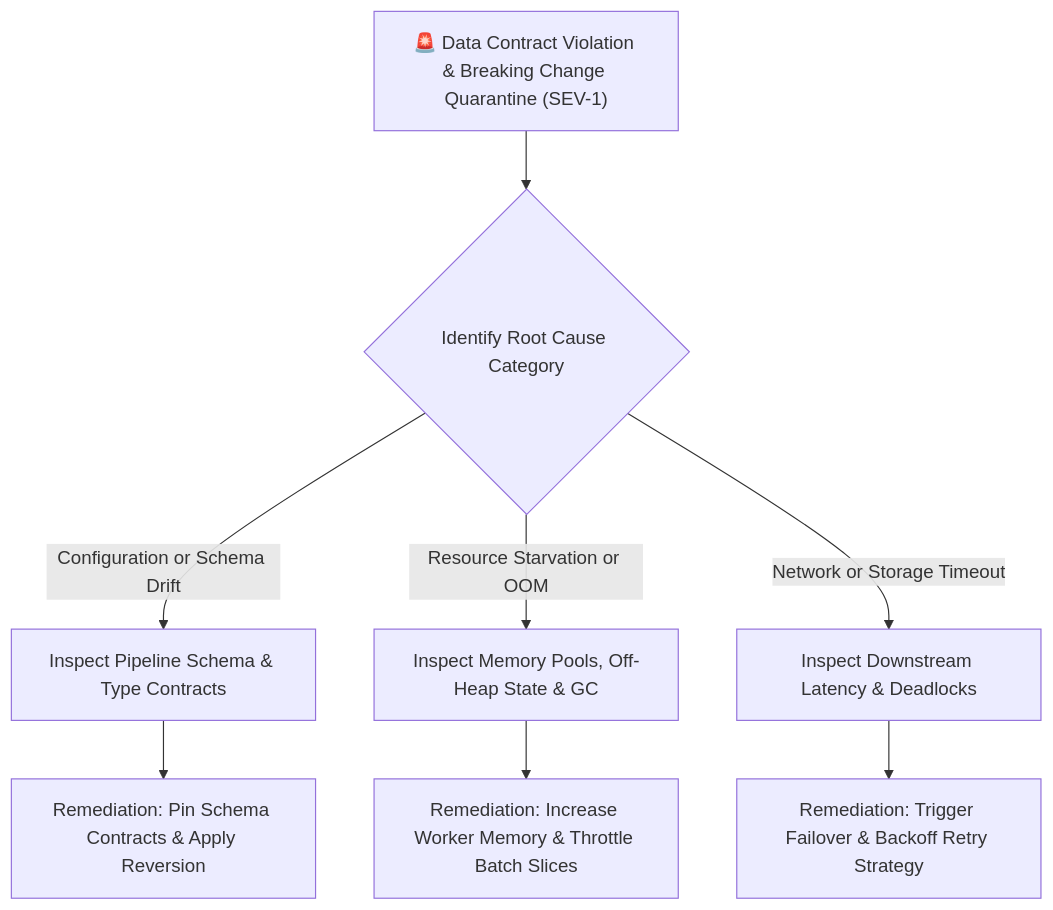
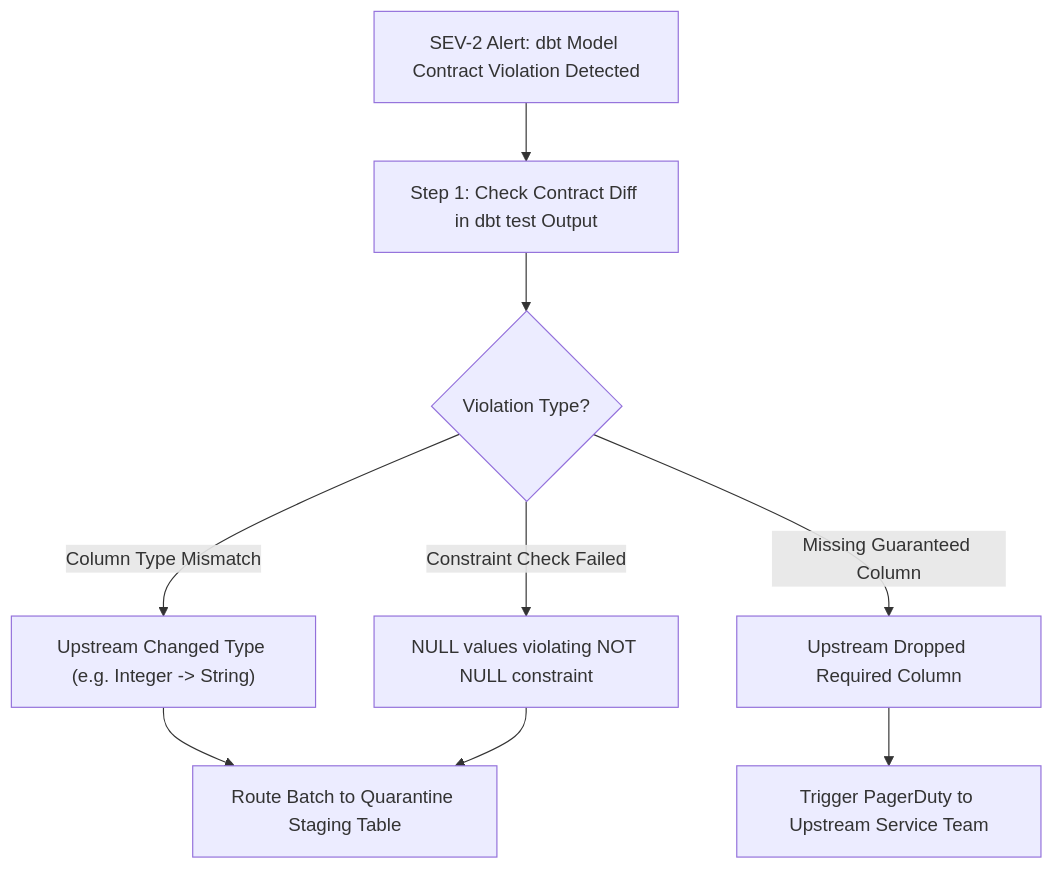
Before and after one commit to santoshjammi29/dbt-handbook: the diagram in runbooks/05_data_contract_breaking_change_quarantine.md, drawn with Mermaid. The commit also changed other lines of this file and 12 other files, not shown here.

````diff
--- a/runbooks/05_data_contract_breaking_change_quarantine.md
+++ b/runbooks/05_data_contract_breaking_change_quarantine.md
@@ -11,12 +12,13 @@
 ```mermaid
 flowchart TD
-    Alert["🚨 Data Contract Violation & Breaking Change Quarantine (SEV-1)"] --> TriageCategory{"Identify Root Cause Category"}
+    Alert["SEV-2 Alert: dbt Model Contract Violation Detected"] --> CheckContract["Step 1: Check Contract Diff in dbt test Output"]
+    CheckContract --> ViolationType{"Violation Type?"}
     
-    TriageCategory -->|"Configuration or Schema Drift"| ConfigTriage["Inspect Pipeline Schema & Type Contracts"]
-    TriageCategory -->|"Resource Starvation or OOM"| ResourceTriage["Inspect Memory Pools, Off-Heap State & GC"]
-    TriageCategory -->|"Network or Storage Timeout"| NetworkTriage["Inspect Downstream Latency & Deadlocks"]
-
-    ConfigTriage --> FixConfig["Remediation: Pin Schema Contracts & Apply Reversion"]
-    ResourceTriage --> FixResource["Remediation: Increase Worker Memory & Throttle Batch Slices"]
-    NetworkTriage --> FixNetwork["Remediation: Trigger Failover & Backoff Retry Strategy"]
+    ViolationType -->|"Column Type Mismatch"| CastError["Upstream Changed Type (e.g. Integer -> String)"]
+    ViolationType -->|"Missing Guaranteed Column"| DropError["Upstream Dropped Required Column"]
+    ViolationType -->|"Constraint Check Failed"| NotNullError["NULL values violating NOT NULL constraint"]
+    
+    CastError --> QuarantineRoute["Route Batch to Quarantine Staging Table"]
+    DropError --> AlertProducer["Trigger PagerDuty to Upstream Service Team"]
+    NotNullError --> QuarantineRoute
 ```
````
